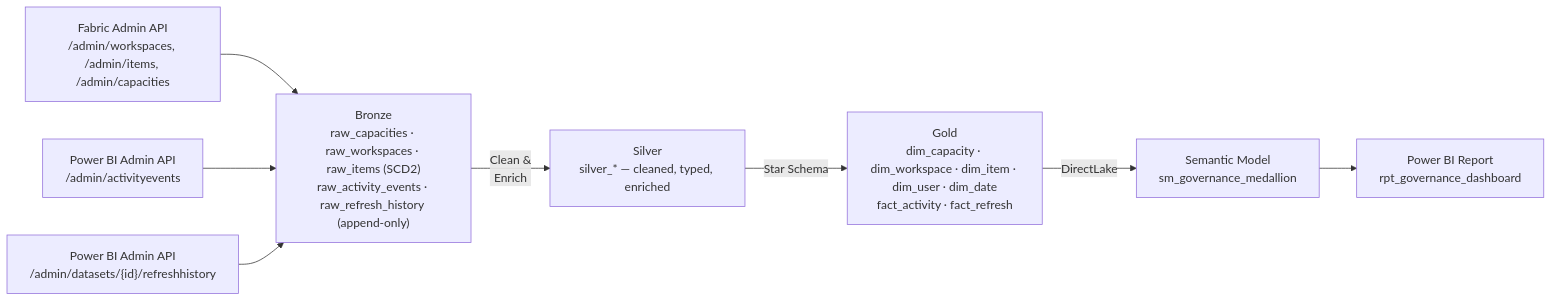
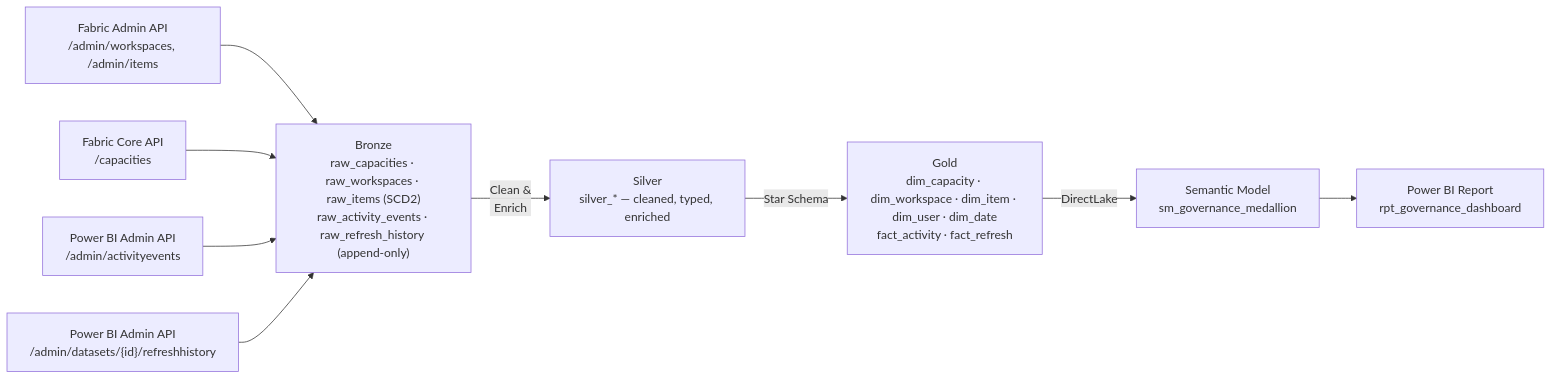
One commit to amxavier/fabric-governance changed the diagram in README.md. Above: the diagram before and after it, drawn with Mermaid. The commit also changed other lines of this file and 2 other files, not shown here.

Commit message:
Fix wrong capacities endpoint: no /admin/capacities exists
nb_bronze_capacities hit a real 404 on the first live pipeline run against
the tenant: https://api.fabric.microsoft.com/v1/admin/capacities does not
exist. Unlike workspaces/items, capacity listing lives on the Core API
(/v1/capacities), not the Admin namespace. Fixed in the notebook and in
fabric_client.py's list_capacities_admin(); updated README accordingly.

The second failure from that same run (403 on Power BI Activity Events)
is a tenant/admin-portal configuration issue, not a code bug — needs the
"Allow service principals to use read-only Power BI admin APIs" tenant
setting enabled with the SP in the designated security group.

````diff
--- a/README.md
+++ b/README.md
@@ -17,20 +17,22 @@
 ```mermaid
 flowchart LR
-    ADM["Fabric Admin API\n/admin/workspaces, /admin/items, /admin/capacities"]
+    ADM["Fabric Admin API\n/admin/workspaces, /admin/items"]
+    CAP["Fabric Core API\n/capacities"]
     AE["Power BI Admin API\n/admin/activityevents"]
     RH["Power BI Admin API\n/admin/datasets/{id}/refreshhistory"]
 
     B["Bronze\nraw_capacities · raw_workspaces · raw_items (SCD2)\nraw_activity_events · raw_refresh_history (append-only)"]
     S["Silver\nsilver_* — cleaned, typed, enriched"]
     G["Gold\ndim_capacity · dim_workspace · dim_item · dim_user · dim_date\nfact_activity · fact_refresh"]
     SM["Semantic Model\nsm_governance_medallion"]
     PBI["Power BI Report\nrpt_governance_dashboard"]
 
     ADM --> B
+    CAP --> B
     AE --> B
     RH --> B
     B -->|"Clean &\nEnrich"| S
     S -->|"Star Schema"| G
     G -->|"DirectLake"| SM
     SM --> PBI
 ```
````
